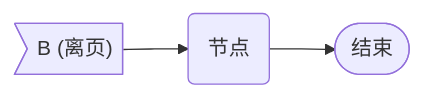
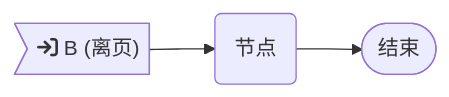
The second of 20 diagrams in released/demo/chart.md (MadMaxChow/VLOOK), drawn with Mermaid before and after one commit. The commit also changed other lines of this file and 88 other files, not shown here.

````diff
--- a/released/demo/chart.md
+++ b/released/demo/chart.md
@@ -79,4 +81,4 @@
 ```mermaid
-graph LR
-outpage2>"B (离页)"] --> node2(节点) --> END([结束])
+flowchart LR
+outpage2>"fa:fa-sign-in B (离页)"] --> node2(节点) --> END([结束])
 ```
````
